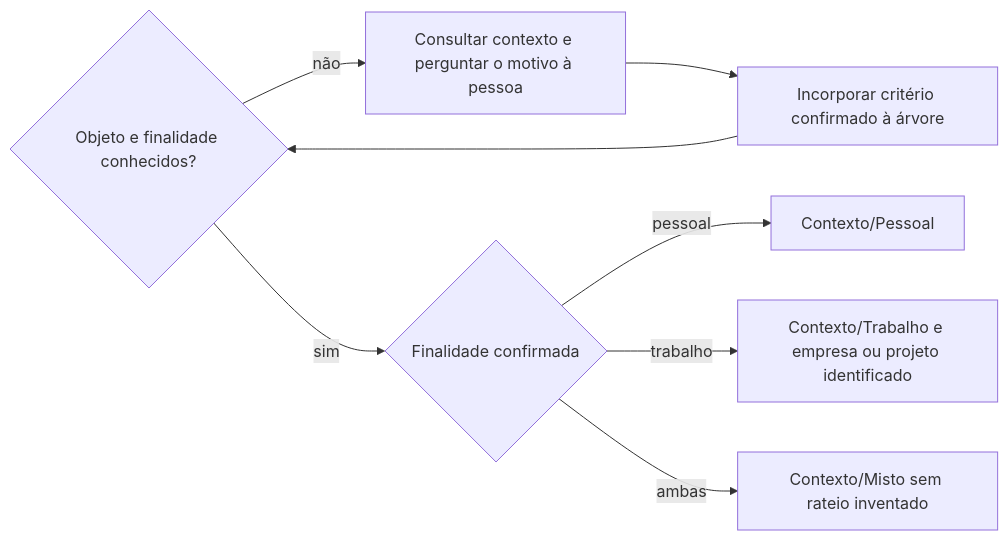
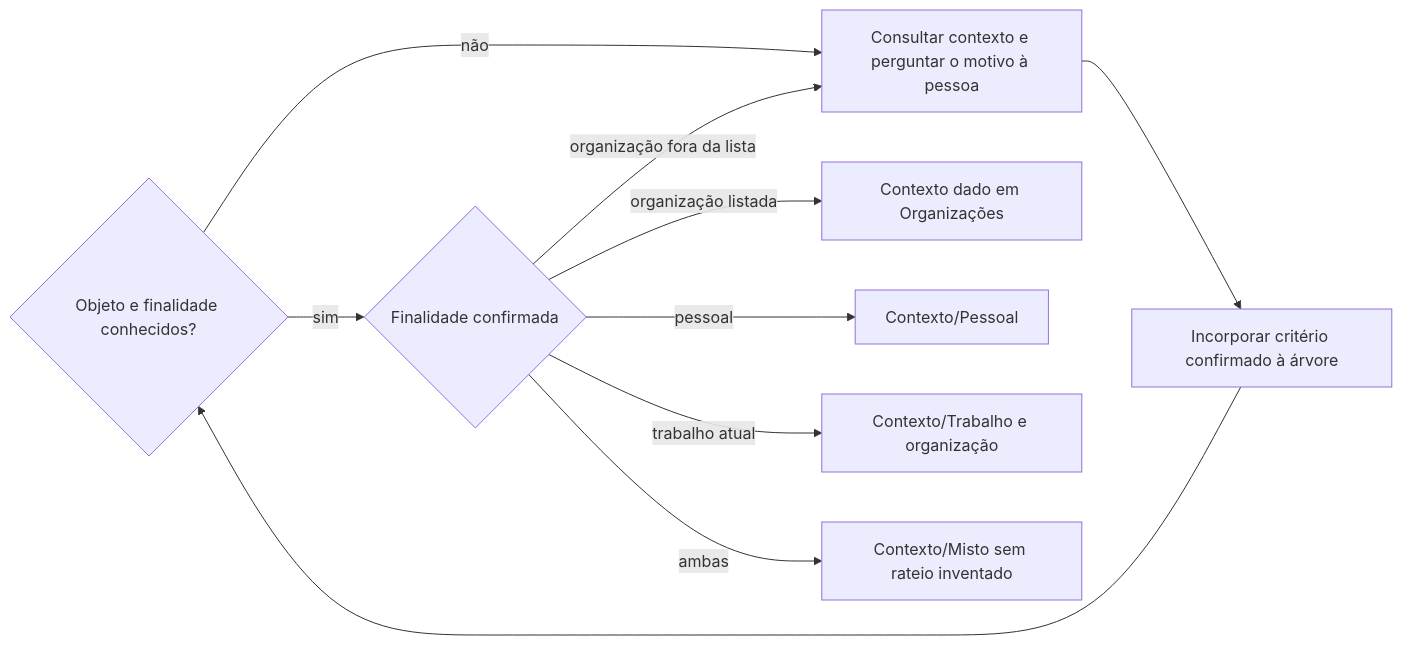
The first of 3 diagrams in .agents/skills/organizar-emails/SKILL.md (jimmyandrade/harness), drawn with Mermaid before and after one commit. The commit also changed other lines of this file and 3 other files, not shown here.

````diff
--- a/.agents/skills/organizar-emails/SKILL.md
+++ b/.agents/skills/organizar-emails/SKILL.md
@@ -47,10 +55,12 @@
 ```mermaid
 flowchart LR
   A{Objeto e finalidade conhecidos?} -->|não| Q[Consultar contexto e perguntar o motivo à pessoa]
   Q --> R[Incorporar critério confirmado à árvore]
   R --> A
   A -->|sim| B{Finalidade confirmada}
+  B -->|organização listada| O[Contexto dado em Organizações]
   B -->|pessoal| P[Contexto/Pessoal]
-  B -->|trabalho| T[Contexto/Trabalho e empresa ou projeto identificado]
+  B -->|trabalho atual| T[Contexto/Trabalho e organização]
   B -->|ambas| M[Contexto/Misto sem rateio inventado]
+  B -->|organização fora da lista| Q
 ```
````
